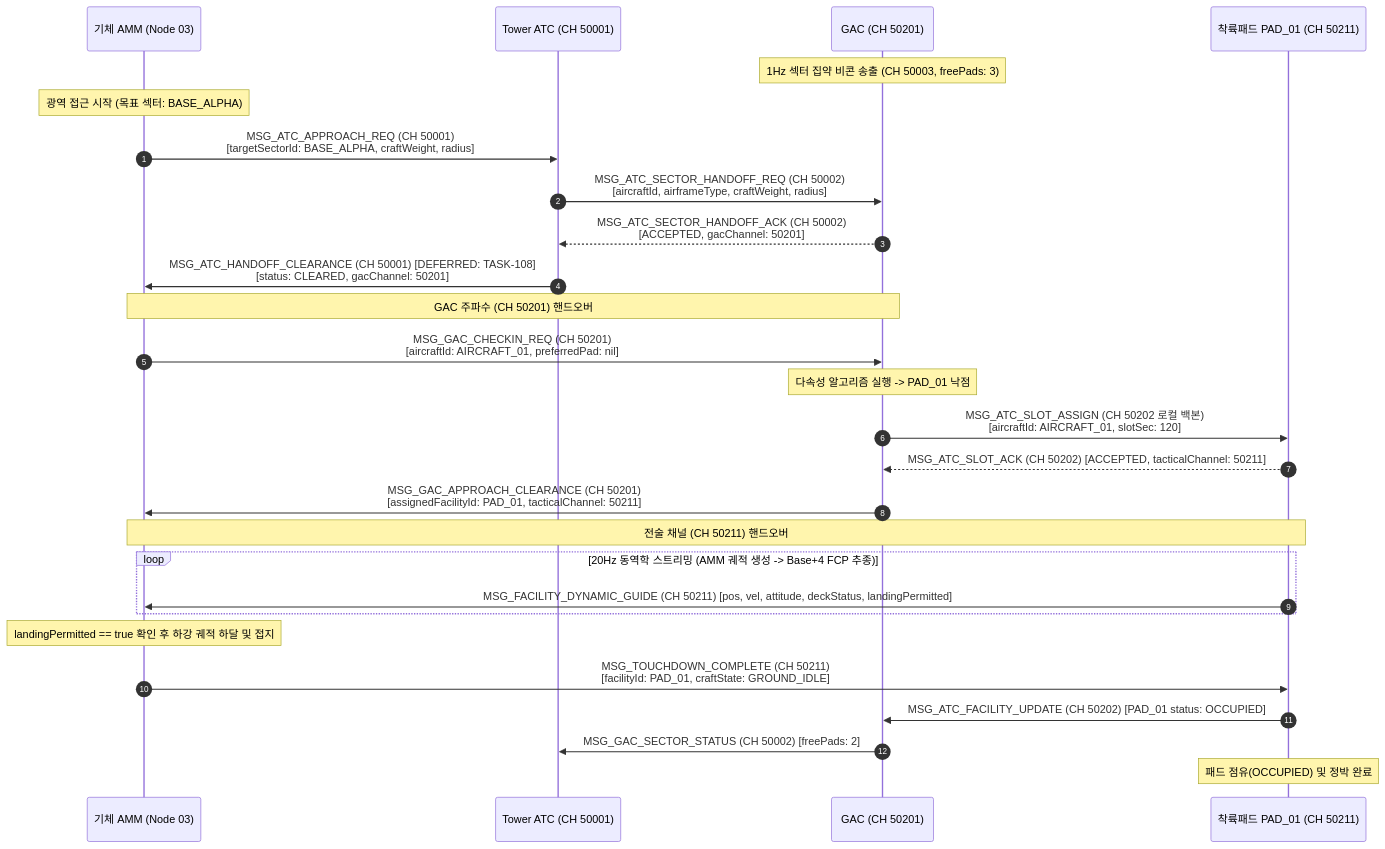
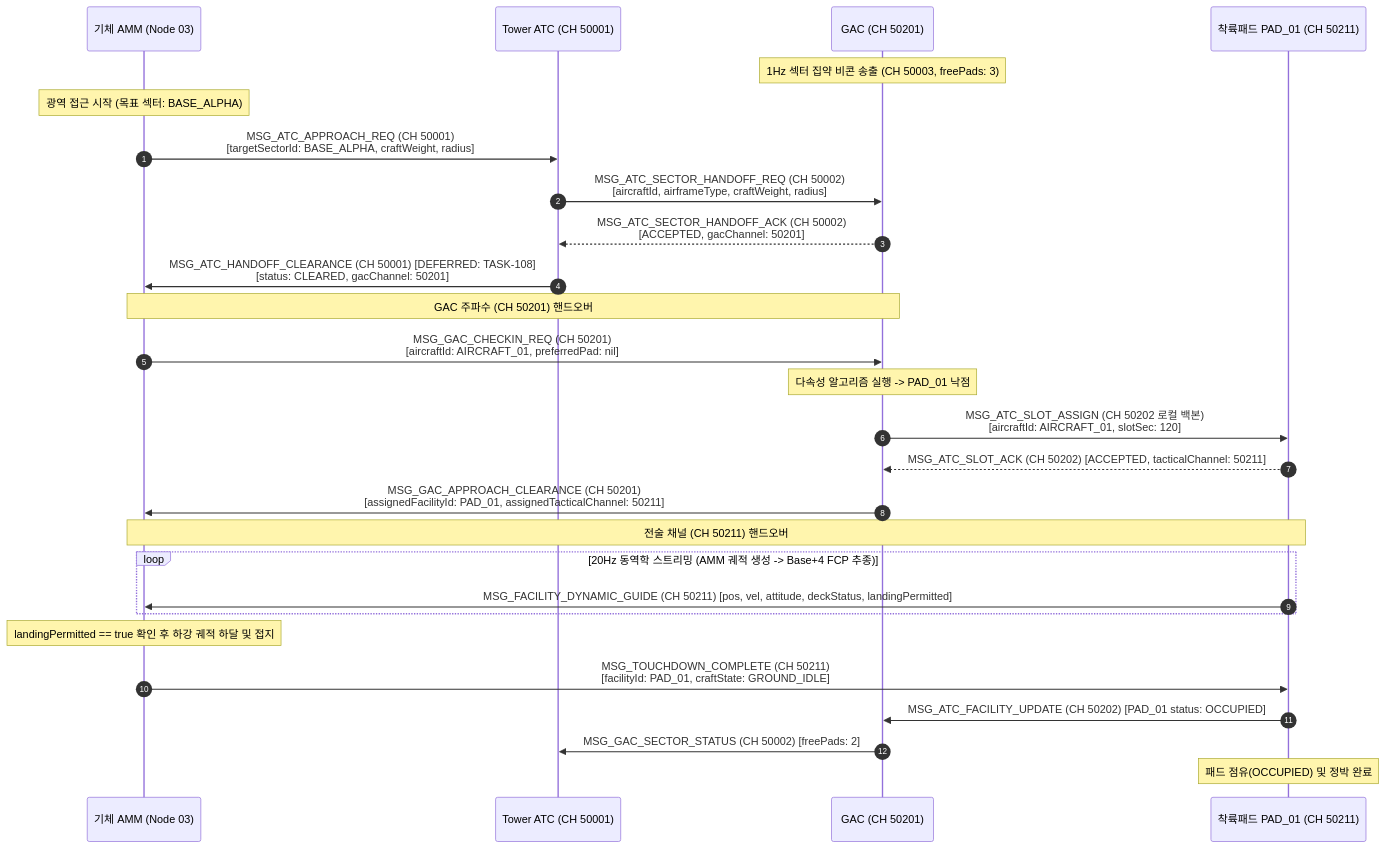
Before and after one commit to Polimachi/Aeroneutics_Autopilot: the third of 5 diagrams in docs/specs/0_infra/gac/GAC_PROGRAM_SPECIFICATION_AND_ICD.md, drawn with Mermaid. The commit also changed other lines of this file and 12 other files, not shown here.

````diff
--- a/docs/specs/0_infra/gac/GAC_PROGRAM_SPECIFICATION_AND_ICD.md
+++ b/docs/specs/0_infra/gac/GAC_PROGRAM_SPECIFICATION_AND_ICD.md
@@ -550,33 +550,33 @@
 ```mermaid
 sequenceDiagram
     autonumber
     participant U as 기체 AMM (Node 03)
     participant T as Tower ATC (CH 50001)
     participant G as GAC (CH 50201)
     participant P as 착륙패드 PAD_01 (CH 50211)
 
     Note over G: 1Hz 섹터 집약 비콘 송출 (CH 50003, freePads: 3)
     Note over U: 광역 접근 시작 (목표 섹터: BASE_ALPHA)
 
     U->>T: MSG_ATC_APPROACH_REQ (CH 50001)<br/>[targetSectorId: BASE_ALPHA, craftWeight, radius]
     T->>G: MSG_ATC_SECTOR_HANDOFF_REQ (CH 50002)<br/>[aircraftId, airframeType, craftWeight, radius]
     G-->>T: MSG_ATC_SECTOR_HANDOFF_ACK (CH 50002)<br/>[ACCEPTED, gacChannel: 50201]
     T->>U: MSG_ATC_HANDOFF_CLEARANCE (CH 50001) [DEFERRED: TASK-108]<br/>[status: CLEARED, gacChannel: 50201]
 
     Note over U,G: GAC 주파수 (CH 50201) 핸드오버
     U->>G: MSG_GAC_CHECKIN_REQ (CH 50201)<br/>[aircraftId: AIRCRAFT_01, preferredPad: nil]
     Note over G: 다속성 알고리즘 실행 -> PAD_01 낙점
     G->>P: MSG_ATC_SLOT_ASSIGN (CH 50202 로컬 백본)<br/>[aircraftId: AIRCRAFT_01, slotSec: 120]
     P-->>G: MSG_ATC_SLOT_ACK (CH 50202) [ACCEPTED, tacticalChannel: 50211]
-    G->>U: MSG_GAC_APPROACH_CLEARANCE (CH 50201)<br/>[assignedFacilityId: PAD_01, tacticalChannel: 50211]
+    G->>U: MSG_GAC_APPROACH_CLEARANCE (CH 50201)<br/>[assignedFacilityId: PAD_01, assignedTacticalChannel: 50211]
 
     Note over U,P: 전술 채널 (CH 50211) 핸드오버
     loop 20Hz 동역학 스트리밍 (AMM 궤적 생성 -> Base+4 FCP 추종)
         P->>U: MSG_FACILITY_DYNAMIC_GUIDE (CH 50211) [pos, vel, attitude, deckStatus, landingPermitted]
     end
     Note over U: landingPermitted == true 확인 후 하강 궤적 하달 및 접지
     U->>P: MSG_TOUCHDOWN_COMPLETE (CH 50211)<br/>[facilityId: PAD_01, craftState: GROUND_IDLE]
     P->>G: MSG_ATC_FACILITY_UPDATE (CH 50202) [PAD_01 status: OCCUPIED]
     G->>T: MSG_GAC_SECTOR_STATUS (CH 50002) [freePads: 2]
     Note over P: 패드 점유(OCCUPIED) 및 정박 완료
 ```
````
